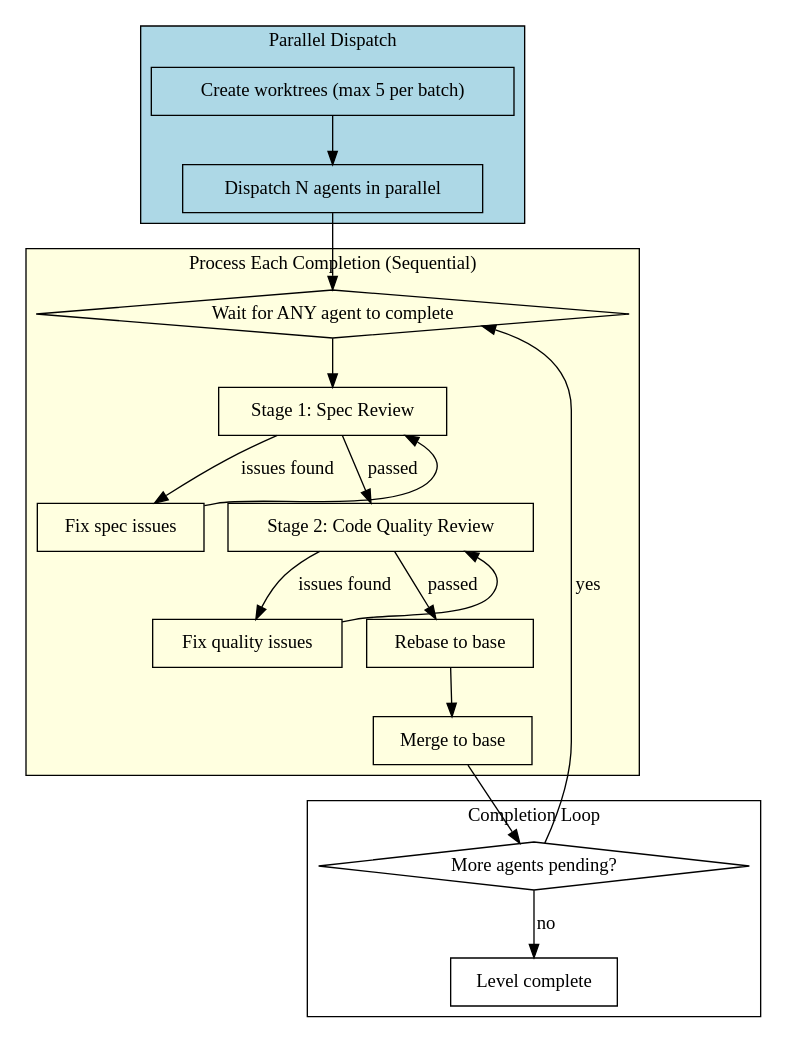
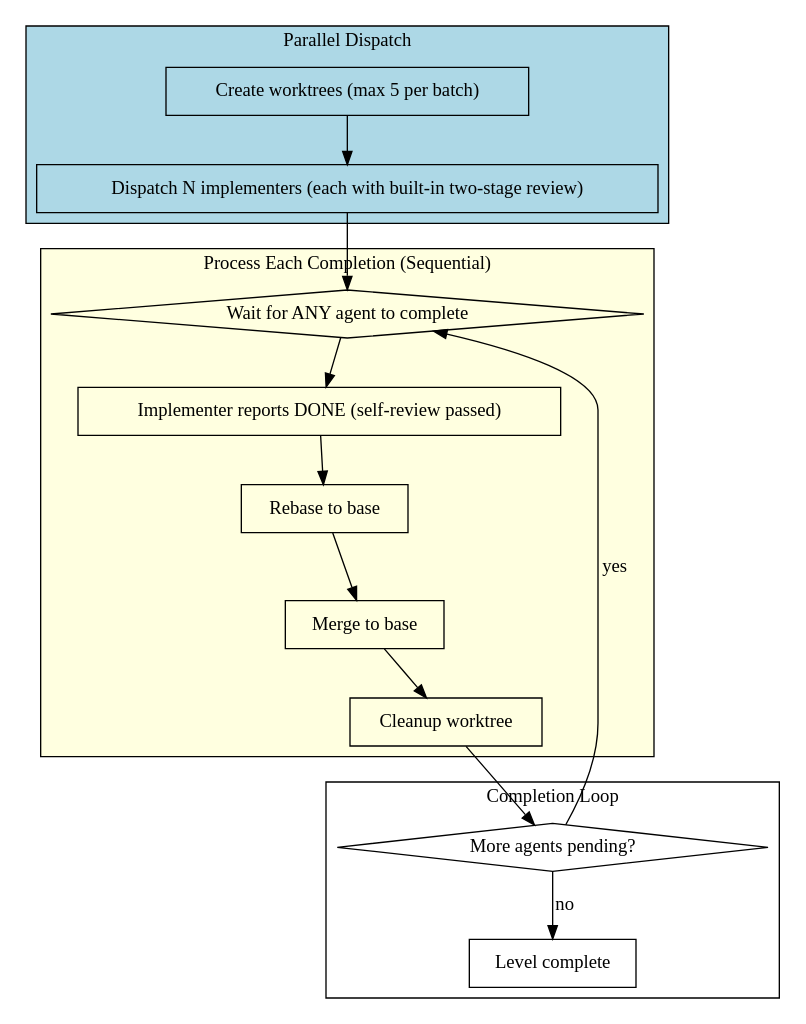
The first of 2 diagrams in skills/nbl.parallel-subagent-driven-development/SKILL.md (icefrag/guozhi-claude-code), drawn with Graphviz before and after one commit. The commit also changed other lines of this file and 4 other files, not shown here.

First line of the commit message:
feat: optimize subagent development flow - built-in two-stage review per task

````diff
--- a/skills/nbl.parallel-subagent-driven-development/SKILL.md
+++ b/skills/nbl.parallel-subagent-driven-development/SKILL.md
@@ -153,44 +151,38 @@
 ```dot
 digraph pipeline_flow {
     rankdir=TB;
 
     subgraph cluster_dispatch {
         label="Parallel Dispatch";
         style=filled fillcolor=lightblue;
         "Create worktrees (max 5 per batch)" [shape=box];
-        "Dispatch N agents in parallel" [shape=box];
+        "Dispatch N implementers (each with built-in two-stage review)" [shape=box];
     }
 
     subgraph cluster_process {
         label="Process Each Completion (Sequential)";
         style=filled fillcolor=lightyellow;
         "Wait for ANY agent to complete" [shape=diamond];
-        "Stage 1: Spec Review" [shape=box];
-        "Fix spec issues" [shape=box];
-        "Stage 2: Code Quality Review" [shape=box];
-        "Fix quality issues" [shape=box];
+        "Implementer reports DONE (self-review passed)" [shape=box];
         "Rebase to base" [shape=box];
         "Merge to base" [shape=box];
+        "Cleanup worktree" [shape=box];
     }
 
     subgraph cluster_loop {
         label="Completion Loop";
         "More agents pending?" [shape=diamond];
         "Level complete" [shape=box];
     }
 
-    "Create worktrees (max 5 per batch)" -> "Dispatch N agents in parallel";
-    "Dispatch N agents in parallel" -> "Wait for ANY agent to complete";
-    "Wait for ANY agent to complete" -> "Stage 1: Spec Review";
-    "Stage 1: Spec Review" -> "Fix spec issues" [label="issues found"];
-    "Fix spec issues" -> "Stage 1: Spec Review" [constraint=false];
-    "Stage 1: Spec Review" -> "Stage 2: Code Quality Review" [label="passed"];
-    "Stage 2: Code Quality Review" -> "Fix quality issues" [label="issues found"];
-    "Fix quality issues" -> "Stage 2: Code Quality Review" [constraint=false];
-    "Stage 2: Code Quality Review" -> "Rebase to base" [label="passed"];
+    "Create worktrees (max 5 per batch)" -> "Dispatch N implementers (each with built-in two-stage review)";
+    "Dispatch N implementers (each with built-in two-stage review)" -> "Wait for ANY agent to complete";
+    "Wait for ANY agent to complete" -> "Implementer reports DONE (self-review passed)";
+    "Implementer reports DONE (self-review passed)" -> "Rebase to base";
     "Rebase to base" -> "Merge to base";
-    "Merge to base" -> "More agents pending?";
+    "Merge to base" -> "Cleanup worktree";
+    "Cleanup worktree" -> "More agents pending?";
     "More agents pending?" -> "Wait for ANY agent to complete" [label="yes"];
     "More agents pending?" -> "Level complete" [label="no"];
 }
 ```
````
